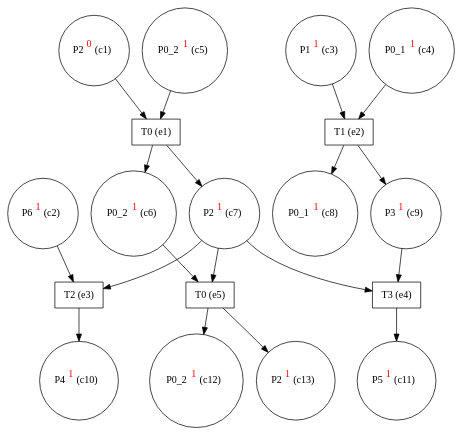
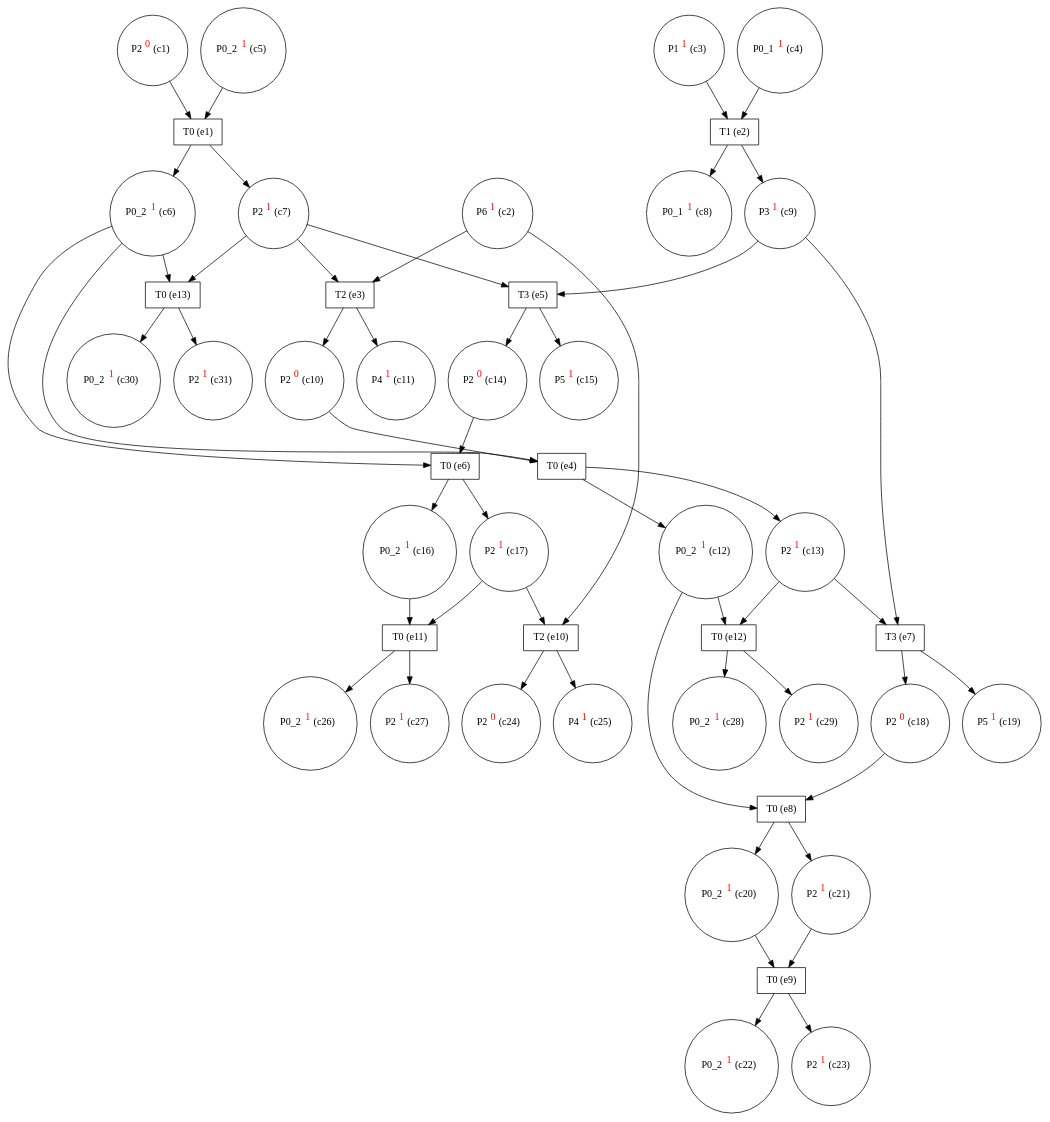
The diagram in rs-rd_small_eg.dot (giannkas/ecofolder), drawn with Graphviz before and after one commit. The commit also changed 15 other files, not shown here.

```diff
--- a/rs-rd_small_eg.dot
+++ b/rs-rd_small_eg.dot
@@ -1,38 +1,98 @@
 digraph test {
   c1 -> e1;
+  c2 -> e10;
   c2 -> e3;
   c3 -> e2;
   c4 -> e2;
   c5 -> e1;
   e1 -> c6;
-  c6 -> e5;
+  c6 -> e6;
+  c6 -> e4;
+  c6 -> e13;
   e1 -> c7;
-  c7 -> e4;
+  c7 -> e5;
   c7 -> e3;
-  c7 -> e5;
+  c7 -> e13;
   e2 -> c8;
   e2 -> c9;
-  c9 -> e4;
+  c9 -> e7;
+  c9 -> e5;
   e3 -> c10;
-  e4 -> c11;
-  e5 -> c12;
-  e5 -> c13;
+  c10 -> e4;
+  e3 -> c11;
+  e4 -> c12;
+  c12 -> e8;
+  c12 -> e12;
+  e4 -> c13;
+  c13 -> e7;
+  c13 -> e12;
+  e5 -> c14;
+  c14 -> e6;
+  e5 -> c15;
+  e6 -> c16;
+  c16 -> e11;
+  e6 -> c17;
+  c17 -> e10;
+  c17 -> e11;
+  e7 -> c18;
+  c18 -> e8;
+  e7 -> c19;
+  e8 -> c20;
+  c20 -> e9;
+  e8 -> c21;
+  c21 -> e9;
+  e9 -> c22;
+  e9 -> c23;
+  e10 -> c24;
+  e10 -> c25;
+  e11 -> c26;
+  e11 -> c27;
+  e12 -> c28;
+  e12 -> c29;
+  e13 -> c30;
+  e13 -> c31;
   c1 [label= <P2<FONT COLOR="red"><SUP>0</SUP></FONT>&nbsp;(c1)> shape=circle];
   c2 [label= <P6<FONT COLOR="red"><SUP>1</SUP></FONT>&nbsp;(c2)> shape=circle];
   c3 [label= <P1<FONT COLOR="red"><SUP>1</SUP></FONT>&nbsp;(c3)> shape=circle];
   c4 [label= <P0_1<FONT COLOR="red"><SUP>1</SUP></FONT>&nbsp;(c4)> shape=circle];
   c5 [label= <P0_2<FONT COLOR="red"><SUP>1</SUP></FONT>&nbsp;(c5)> shape=circle];
   c6 [label= <P0_2<FONT COLOR="red"><SUP>1</SUP></FONT>&nbsp;(c6)> shape=circle];
   c7 [label= <P2<FONT COLOR="red"><SUP>1</SUP></FONT>&nbsp;(c7)> shape=circle];
   c8 [label= <P0_1<FONT COLOR="red"><SUP>1</SUP></FONT>&nbsp;(c8)> shape=circle];
   c9 [label= <P3<FONT COLOR="red"><SUP>1</SUP></FONT>&nbsp;(c9)> shape=circle];
-  c10 [label= <P4<FONT COLOR="red"><SUP>1</SUP></FONT>&nbsp;(c10)> shape=circle];
-  c11 [label= <P5<FONT COLOR="red"><SUP>1</SUP></FONT>&nbsp;(c11)> shape=circle];
+  c10 [label= <P2<FONT COLOR="red"><SUP>0</SUP></FONT>&nbsp;(c10)> shape=circle];
+  c11 [label= <P4<FONT COLOR="red"><SUP>1</SUP></FONT>&nbsp;(c11)> shape=circle];
   c12 [label= <P0_2<FONT COLOR="red"><SUP>1</SUP></FONT>&nbsp;(c12)> shape=circle];
   c13 [label= <P2<FONT COLOR="red"><SUP>1</SUP></FONT>&nbsp;(c13)> shape=circle];
+  c14 [label= <P2<FONT COLOR="red"><SUP>0</SUP></FONT>&nbsp;(c14)> shape=circle];
+  c15 [label= <P5<FONT COLOR="red"><SUP>1</SUP></FONT>&nbsp;(c15)> shape=circle];
+  c16 [label= <P0_2<FONT COLOR="red"><SUP>1</SUP></FONT>&nbsp;(c16)> shape=circle];
+  c17 [label= <P2<FONT COLOR="red"><SUP>1</SUP></FONT>&nbsp;(c17)> shape=circle];
+  c18 [label= <P2<FONT COLOR="red"><SUP>0</SUP></FONT>&nbsp;(c18)> shape=circle];
+  c19 [label= <P5<FONT COLOR="red"><SUP>1</SUP></FONT>&nbsp;(c19)> shape=circle];
+  c20 [label= <P0_2<FONT COLOR="red"><SUP>1</SUP></FONT>&nbsp;(c20)> shape=circle];
+  c21 [label= <P2<FONT COLOR="red"><SUP>1</SUP></FONT>&nbsp;(c21)> shape=circle];
+  c22 [label= <P0_2<FONT COLOR="red"><SUP>1</SUP></FONT>&nbsp;(c22)> shape=circle];
+  c23 [label= <P2<FONT COLOR="red"><SUP>1</SUP></FONT>&nbsp;(c23)> shape=circle];
+  c24 [label= <P2<FONT COLOR="red"><SUP>0</SUP></FONT>&nbsp;(c24)> shape=circle];
+  c25 [label= <P4<FONT COLOR="red"><SUP>1</SUP></FONT>&nbsp;(c25)> shape=circle];
+  c26 [label= <P0_2<FONT COLOR="red"><SUP>1</SUP></FONT>&nbsp;(c26)> shape=circle];
+  c27 [label= <P2<FONT COLOR="red"><SUP>1</SUP></FONT>&nbsp;(c27)> shape=circle];
+  c28 [label= <P0_2<FONT COLOR="red"><SUP>1</SUP></FONT>&nbsp;(c28)> shape=circle];
+  c29 [label= <P2<FONT COLOR="red"><SUP>1</SUP></FONT>&nbsp;(c29)> shape=circle];
+  c30 [label= <P0_2<FONT COLOR="red"><SUP>1</SUP></FONT>&nbsp;(c30)> shape=circle];
+  c31 [label= <P2<FONT COLOR="red"><SUP>1</SUP></FONT>&nbsp;(c31)> shape=circle];
   e1 [label="T0 (e1)" shape=box];
   e2 [label="T1 (e2)" shape=box];
   e3 [label="T2 (e3)" shape=box];
-  e4 [label="T3 (e4)" shape=box];
-  e5 [label="T0 (e5)" shape=box];
+  e4 [label="T0 (e4)" shape=box];
+  e5 [label="T3 (e5)" shape=box];
+  e6 [label="T0 (e6)" shape=box];
+  e7 [label="T3 (e7)" shape=box];
+  e8 [label="T0 (e8)" shape=box];
+  e9 [label="T0 (e9)" shape=box];
+  e10 [label="T2 (e10)" shape=box];
+  e11 [label="T0 (e11)" shape=box];
+  e12 [label="T0 (e12)" shape=box];
+  e13 [label="T0 (e13)" shape=box];
 }
```
